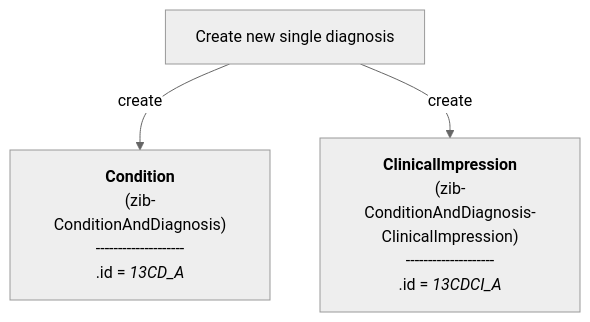
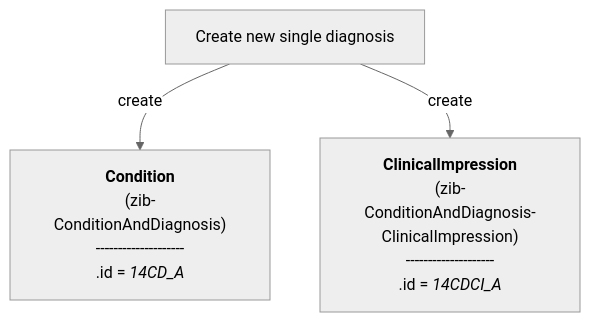
One commit to Nictiz/Nictiz-R4-zib2024 changed diagram 16 of 21 in documentation/Condition-Diagnosis-Symptom.md. Above: the diagram before and after it, drawn with Mermaid (neutral theme). The commit also changed other lines of this file, not shown here.

````diff
--- a/documentation/Condition-Diagnosis-Symptom.md
+++ b/documentation/Condition-Diagnosis-Symptom.md
@@ -550,26 +604,26 @@
 ```mermaid
 flowchart TB
 
 CreateDiagnosis["`Create new single diagnosis`"]
 
     CD_A["`
             **Condition**
             (zib-ConditionAndDiagnosis)
             --------------------
-            .id = _13CD_A_
+            .id = _14CD_A_
         `"] 
     CDCI_A["`
         **ClinicalImpression**
         (zib-ConditionAndDiagnosis-ClinicalImpression)
         --------------------
-        .id = _13CDCI_A_
+        .id = _14CDCI_A_
         `"] 
 
    
     CD_A:::Ash
     CDCI_A:::Ash
     classDef Ash stroke-width:1px, stroke-dasharray:none, stroke:#999999, fill:#EEEEEE, color:#000000
 
 CreateDiagnosis -- create --> CD_A
 CreateDiagnosis -- create --> CDCI_A
 ```
````
